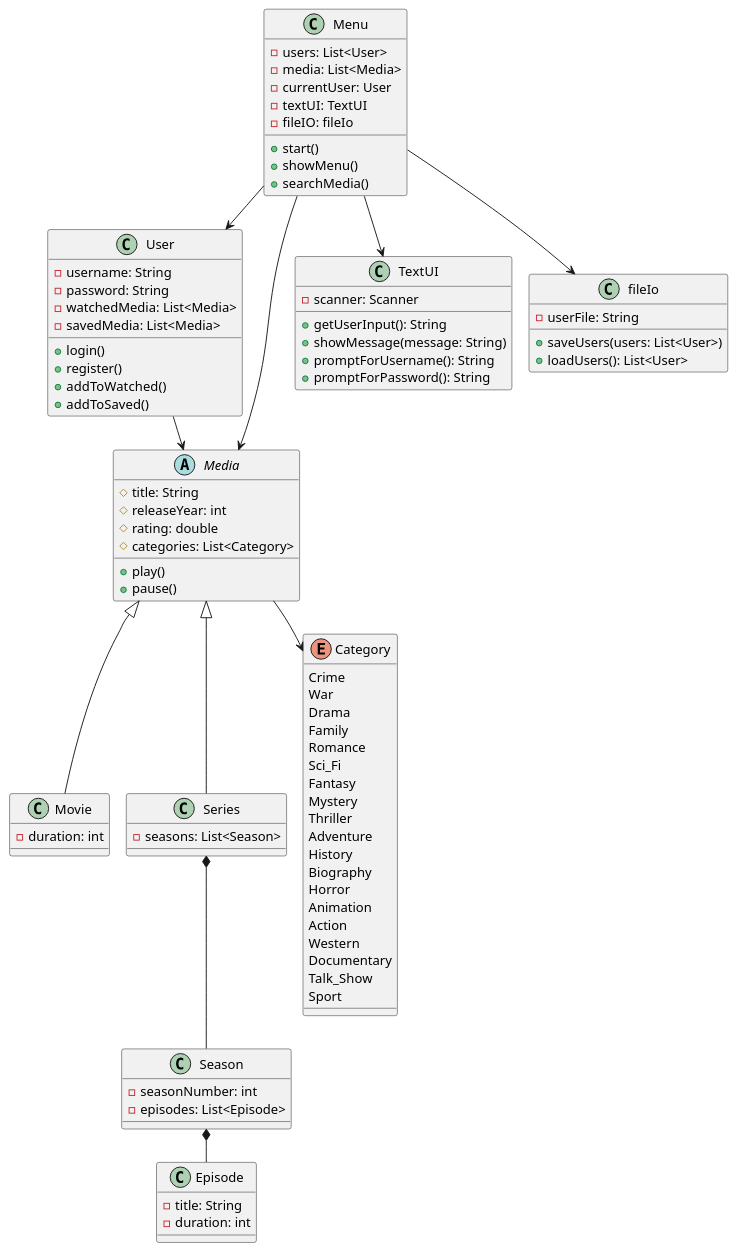
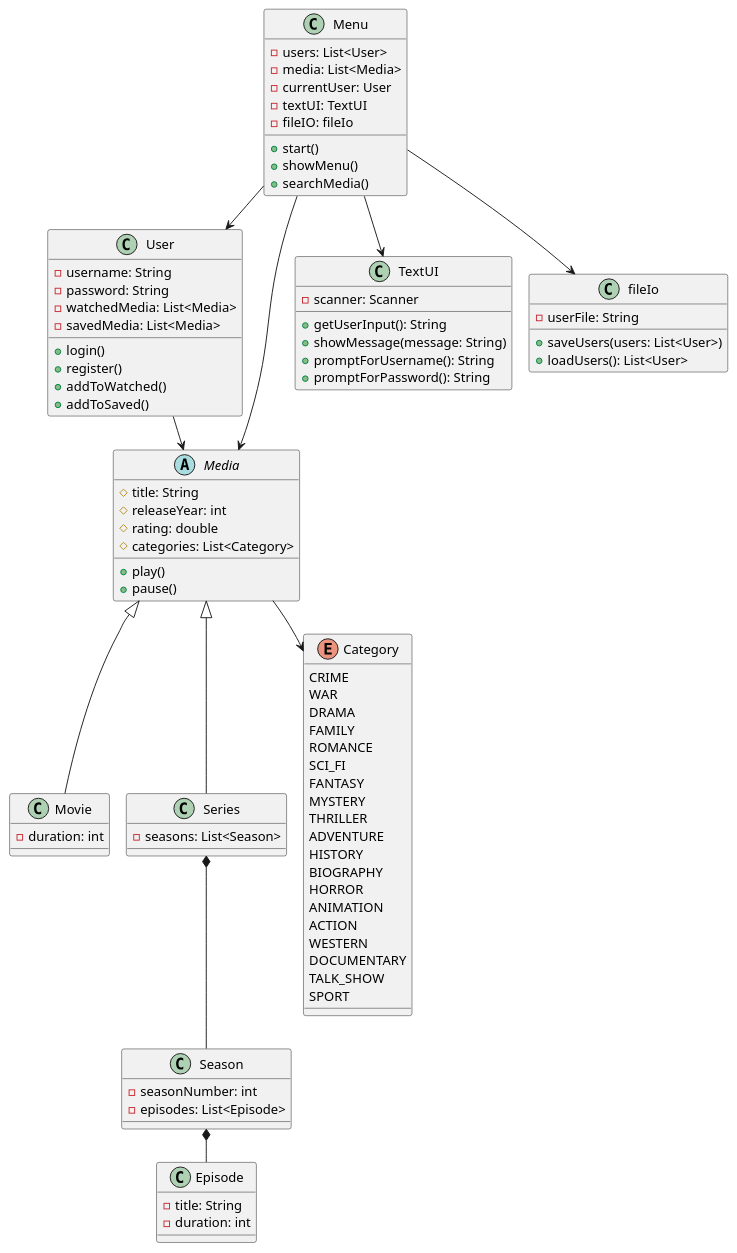
Before and after one commit to Nali1234-lab/SP3: the diagram in Diagram/claasedigram-v-0..puml, drawn with PlantUML.

Commit message:
klasseDiagram-categoy-change,

```diff
--- a/Diagram/claasedigram-v-0..puml
+++ b/Diagram/claasedigram-v-0..puml
@@ -1,107 +1,107 @@
 @startuml
 !pragma layout smetana
 
 class User {
   - username: String
   - password: String
   - watchedMedia: List<Media>
   - savedMedia: List<Media>
   + login()
   + register()
   + addToWatched()
   + addToSaved()
 }
 
 abstract class Media {
   # title: String
   # releaseYear: int
   # rating: double
   # categories: List<Category>
   + play()
   +pause()
 }
 
 class Movie {
   - duration: int
 }
 
 class Series {
   - seasons: List<Season>
 }
 
 class Season {
   - seasonNumber: int
   - episodes: List<Episode>
 }
 
 class Episode {
   - title: String
   - duration: int
 }
 
 enum Category {
-  Crime
-  War
-  Drama
-  Family
-  Romance
-  Sci_Fi
-  Fantasy
-  Mystery
-  Thriller
-  Adventure
-  History
-  Biography
-  Horror
-  Animation
-  Action
-  Western
-  Documentary
-  Talk_Show
-  Sport
+ CRIME
+ WAR
+ DRAMA
+ FAMILY
+ ROMANCE
+ SCI_FI
+ FANTASY
+ MYSTERY
+ THRILLER
+ ADVENTURE
+ HISTORY
+ BIOGRAPHY
+ HORROR
+ ANIMATION
+ ACTION
+ WESTERN
+ DOCUMENTARY
+ TALK_SHOW
+ SPORT
 }
 
 class Menu {
   - users: List<User>
   - media: List<Media>
   - currentUser: User
   - textUI: TextUI
   - fileIO: fileIo
   + start()
   + showMenu()
   + searchMedia()
 }
 
 class TextUI {
   - scanner: Scanner
   + getUserInput(): String
   + showMessage(message: String)
   + promptForUsername(): String
     + promptForPassword(): String
 }
 
 class fileIo {
   - userFile: String
   + saveUsers(users: List<User>)
   + loadUsers(): List<User>
 }
 
 ' Arv
 Media <|-- Movie
 Media <|-- Series
 
 ' Komposition
 Series *-- Season
 Season *-- Episode
 
 ' Association
 User --> Media
 Media --> Category
 Menu --> User
 Menu --> Media
 
 ' Dependency
 Menu --> TextUI
 Menu --> fileIo
 
 @enduml
```
